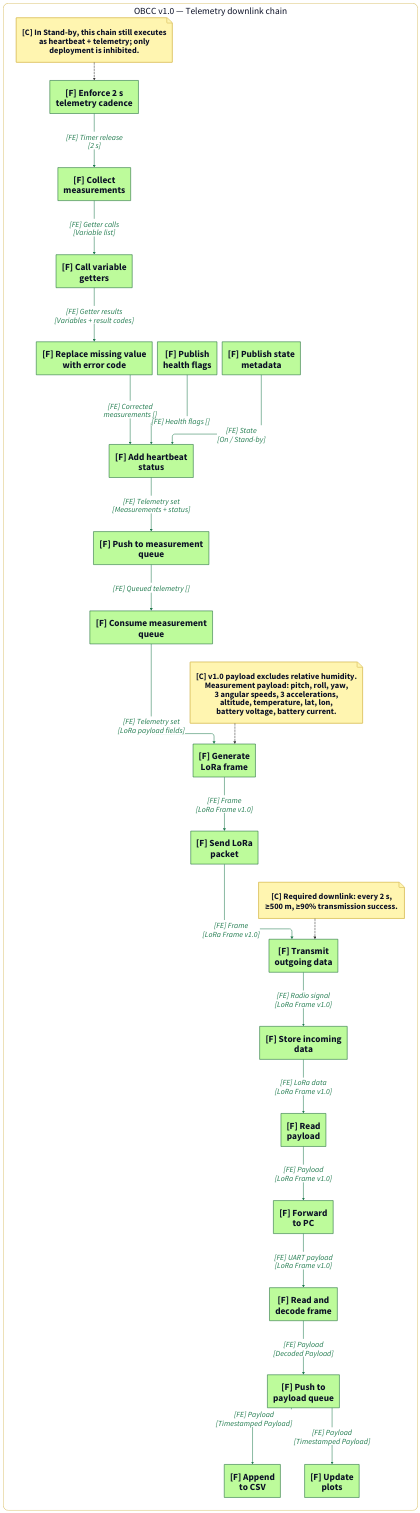
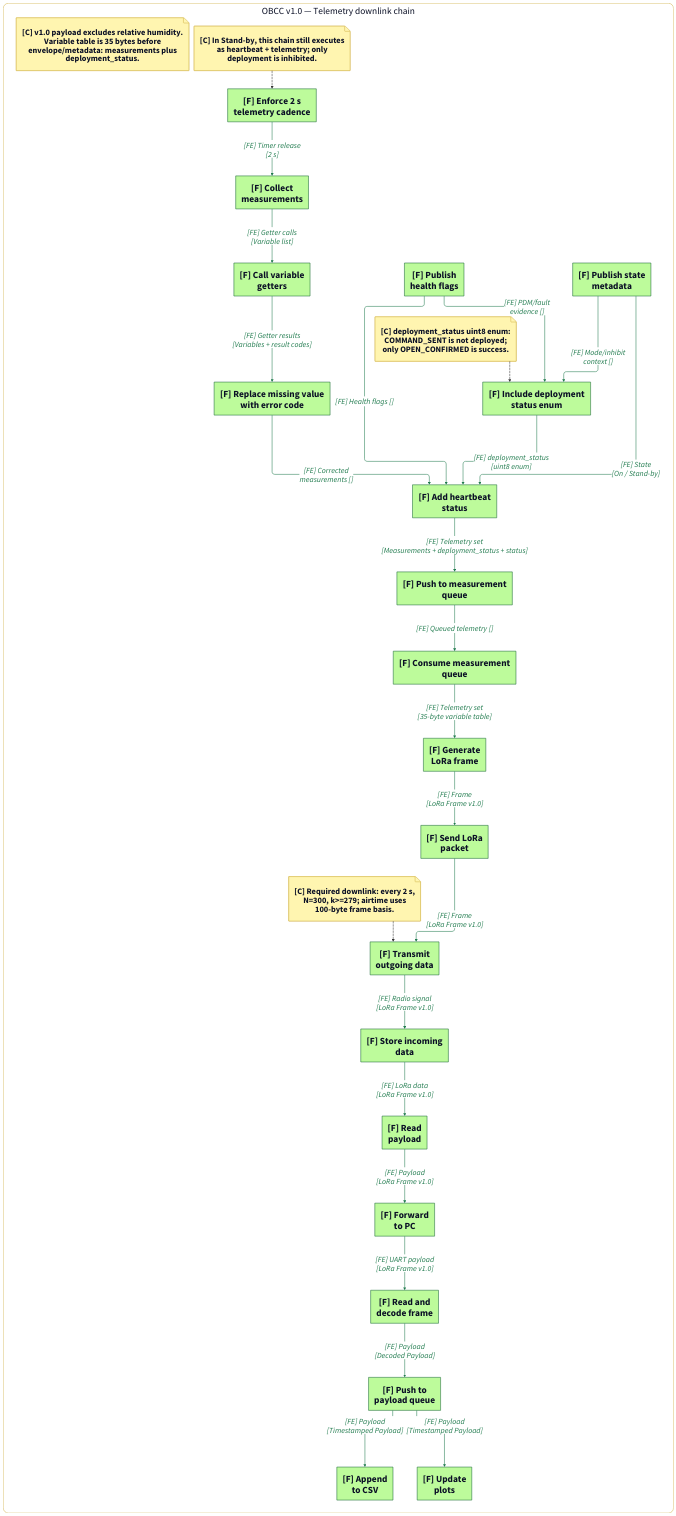
Before and after one commit to DeltaLabo/CanSatWorkshop: the diagram in OBCC/MBSE/v1.0/OBCC_v1.0_view5_telemetry_downlink_chain.d2, drawn with D2. The commit also changed 114 other files, not shown here.

Commit message:
Add parachute deployment status telemetry signal

```diff
--- a/OBCC/MBSE/v1.0/OBCC_v1.0_view5_telemetry_downlink_chain.d2
+++ b/OBCC/MBSE/v1.0/OBCC_v1.0_view5_telemetry_downlink_chain.d2
@@ -1,109 +1,118 @@
 vars: {
   d2-config: {
     layout-engine: elk
   }
 }
 
 # Functional chain: periodic telemetry generation, heartbeat/status inclusion,
 # LoRa downlink, and DPS-side reception.
 direction: down
 
 classes: {
   func: {
     shape: rectangle
     style: { fill: "#BDFB9B"; stroke: "#166534"; stroke-width: 2; font-size: 36 }
   }
   lc: {
     style: {
       fill: "#A9C7E6"; stroke: "#5B65C9"; stroke-width: 2
       border-radius: 20; font-size: 40
     }
   }
   pc: {
     style: { fill: "#FFF8BF"; stroke: "#D1B24A"; stroke-width: 2; font-size: 40 }
   }
   sys: {
     style: { fill: "#E6E6E6"; stroke: "#9A9A9A"; stroke-width: 2; font-size: 48 }
   }
   ea: {
     shape: rectangle
     style: {
       fill: "#BFEAF4"; stroke: "#5B65C9"; stroke-width: 2
       border-radius: 20; font-size: 40
     }
   }
   note: { style: { fill: "#FFF5B0"; stroke: "#D1B24A"; font-size: 32 } }
   chain: {
     style: {
       fill: "#FFFFFF"; stroke: "#D1B24A"; stroke-width: 2
       border-radius: 20; font-size: 36
     }
   }
   fe:   { style: { stroke: "#1F7A4D"; font-color: "#1F7A4D"; stroke-width: 2; font-size: 30 } }
   ce:   { style: { stroke: "#5B65C9"; font-color: "#5B65C9"; stroke-width: 2; font-size: 30 } }
   pl:   { style: { stroke: "#E11D28"; font-color: "#E11D28"; stroke-width: 2; font-size: 30 } }
   cstr: { style: { stroke: "#333333"; stroke-dash: 3; font-size: 26 } }
 }
 
 chain: "OBCC v1.0 — Telemetry downlink chain" {
   class: chain
   direction: down
 
   enforce_two_second_cadence: "[F] Enforce 2 s\ntelemetry cadence" { class: func }
   collect_measurements: "[F] Collect\nmeasurements" { class: func }
   call_variable_getters: "[F] Call variable\ngetters" { class: func }
   replace_missing_value_with_error_code: "[F] Replace missing value\nwith error code" { class: func }
   publish_health_flags: "[F] Publish\nhealth flags" { class: func }
   publish_state_metadata: "[F] Publish state\nmetadata" { class: func }
+  include_deployment_status: "[F] Include deployment\nstatus enum" { class: func }
   add_heartbeat_status: "[F] Add heartbeat\nstatus" { class: func }
   push_to_measurement_queue: "[F] Push to measurement\nqueue" { class: func }
   consume_measurement_queue: "[F] Consume measurement\nqueue" { class: func }
   generate_frame: "[F] Generate\nLoRa frame" { class: func }
   send_lora_packet: "[F] Send LoRa\npacket" { class: func }
   transmit_outgoing_data: "[F] Transmit\noutgoing data" { class: func }
   store_incoming_data: "[F] Store incoming\ndata" { class: func }
   read_payload: "[F] Read\npayload" { class: func }
   forward_to_pc: "[F] Forward\nto PC" { class: func }
   read_and_decode_frame: "[F] Read and\ndecode frame" { class: func }
   push_to_payload_queue: "[F] Push to\npayload queue" { class: func }
   append_to_csv: "[F] Append\nto CSV" { class: func }
   update_plots: "[F] Update\nplots" { class: func }
 
-  note_payload: "[C] v1.0 payload excludes relative humidity.\nMeasurement payload: pitch, roll, yaw,\n3 angular speeds, 3 accelerations,\naltitude, temperature, lat, lon,\nbattery voltage, battery current." {
+  note_payload: "[C] v1.0 payload excludes relative humidity.\nVariable table is 35 bytes before\nenvelope/metadata: measurements plus\ndeployment_status." {
+    class: note
+    shape: page
+  }
+
+  note_deployment_status: "[C] deployment_status uint8 enum:\nCOMMAND_SENT is not deployed;\nonly OPEN_CONFIRMED is success." {
     class: note
     shape: page
   }
 
   note_standby: "[C] In Stand-by, this chain still executes\nas heartbeat + telemetry; only\ndeployment is inhibited." {
     class: note
     shape: page
   }
 
-  note_radio: "[C] Required downlink: every 2 s,\n≥500 m, ≥90% transmission success." {
+  note_radio: "[C] Required downlink: every 2 s,\nN=300, k>=279; airtime uses\n100-byte frame basis." {
     class: note
     shape: page
   }
 }
 
 chain.enforce_two_second_cadence -> chain.collect_measurements: "[FE] Timer release\n[2 s]" { class: fe }
 chain.collect_measurements -> chain.call_variable_getters: "[FE] Getter calls\n[Variable list]" { class: fe }
 chain.call_variable_getters -> chain.replace_missing_value_with_error_code: "[FE] Getter results\n[Variables + result codes]" { class: fe }
 chain.publish_health_flags -> chain.add_heartbeat_status: "[FE] Health flags []" { class: fe }
+chain.publish_health_flags -> chain.include_deployment_status: "[FE] PDM/fault\nevidence []" { class: fe }
 chain.publish_state_metadata -> chain.add_heartbeat_status: "[FE] State\n[On / Stand-by]" { class: fe }
+chain.publish_state_metadata -> chain.include_deployment_status: "[FE] Mode/inhibit\ncontext []" { class: fe }
+chain.include_deployment_status -> chain.add_heartbeat_status: "[FE] deployment_status\n[uint8 enum]" { class: fe }
 chain.replace_missing_value_with_error_code -> chain.add_heartbeat_status: "[FE] Corrected\nmeasurements []" { class: fe }
-chain.add_heartbeat_status -> chain.push_to_measurement_queue: "[FE] Telemetry set\n[Measurements + status]" { class: fe }
+chain.add_heartbeat_status -> chain.push_to_measurement_queue: "[FE] Telemetry set\n[Measurements + deployment_status + status]" { class: fe }
 chain.push_to_measurement_queue -> chain.consume_measurement_queue: "[FE] Queued telemetry []" { class: fe }
-chain.consume_measurement_queue -> chain.generate_frame: "[FE] Telemetry set\n[LoRa payload fields]" { class: fe }
+chain.consume_measurement_queue -> chain.generate_frame: "[FE] Telemetry set\n[35-byte variable table]" { class: fe }
 chain.generate_frame -> chain.send_lora_packet: "[FE] Frame\n[LoRa Frame v1.0]" { class: fe }
 chain.send_lora_packet -> chain.transmit_outgoing_data: "[FE] Frame\n[LoRa Frame v1.0]" { class: fe }
 chain.transmit_outgoing_data -> chain.store_incoming_data: "[FE] Radio signal\n[LoRa Frame v1.0]" { class: fe }
 chain.store_incoming_data -> chain.read_payload: "[FE] LoRa data\n[LoRa Frame v1.0]" { class: fe }
 chain.read_payload -> chain.forward_to_pc: "[FE] Payload\n[LoRa Frame v1.0]" { class: fe }
 chain.forward_to_pc -> chain.read_and_decode_frame: "[FE] UART payload\n[LoRa Frame v1.0]" { class: fe }
 chain.read_and_decode_frame -> chain.push_to_payload_queue: "[FE] Payload\n[Decoded Payload]" { class: fe }
 chain.push_to_payload_queue -> chain.append_to_csv: "[FE] Payload\n[Timestamped Payload]" { class: fe }
 chain.push_to_payload_queue -> chain.update_plots: "[FE] Payload\n[Timestamped Payload]" { class: fe }
 
-chain.note_payload -> chain.generate_frame { class: cstr }
+chain.note_deployment_status -> chain.include_deployment_status { class: cstr }
 chain.note_standby -> chain.enforce_two_second_cadence { class: cstr }
 chain.note_radio -> chain.transmit_outgoing_data { class: cstr }
```
